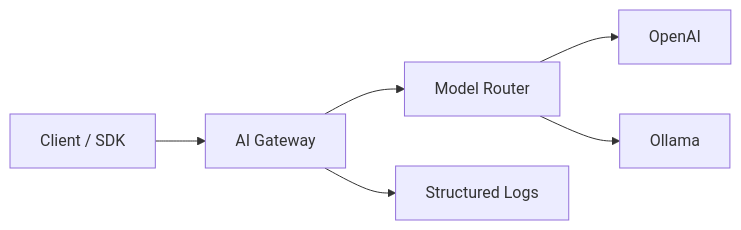
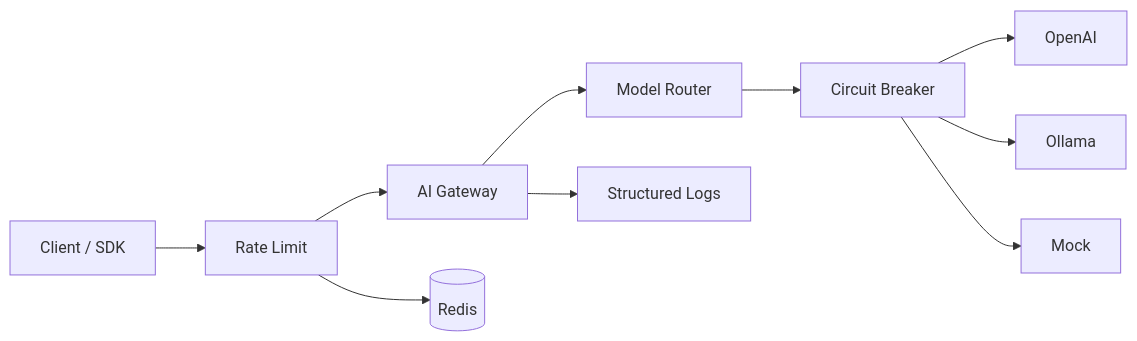
Before and after one commit to Wh1stle05/AI-Gateway: the diagram in docs/architecture.md, drawn with Mermaid. The commit also changed other lines of this file and 23 other files, not shown here.

First line of the commit message:
feat: Phase 2 - Redis rate limit, circuit breaker, mock provider, k6 load test

````diff
--- a/docs/architecture.md
+++ b/docs/architecture.md
@@ -7,8 +7,12 @@
 ```mermaid
 flowchart LR
-  Client[Client / SDK] --> GW[AI Gateway]
+  Client[Client / SDK] --> RL[Rate Limit]
+  RL --> GW[AI Gateway]
   GW --> Router[Model Router]
-  Router --> P1[OpenAI]
-  Router --> P2[Ollama]
+  Router --> CB[Circuit Breaker]
+  CB --> P1[OpenAI]
+  CB --> P2[Ollama]
+  CB --> P3[Mock]
+  RL --> Redis[(Redis)]
   GW --> Logs[Structured Logs]
 ```
````
